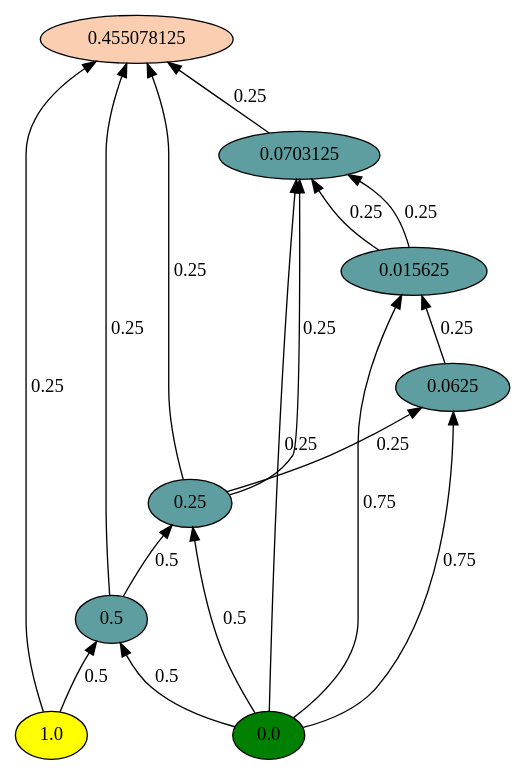
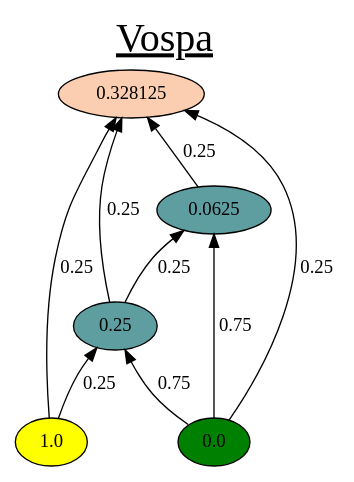
The diagram in GuiTool/image/Vospa/VospaDot.dot (iitramar/guiTool), drawn with Graphviz before and after one commit. The commit also changed 26 other files, not shown here.

```diff
--- a/GuiTool/image/Vospa/VospaDot.dot
+++ b/GuiTool/image/Vospa/VospaDot.dot
@@ -1,39 +1,23 @@
 digraph G {
 rankdir = BT;
+graph [label= <<u>Vospa</u>> , labelloc=t, fontsize=30];
 compound=true;
 1.0[style=filled, fillcolor=yellow];
-1.0->0.5[label=0.5];
+1.0->0.25[label=0.25];
 0.0[style=filled, fillcolor=green];
-0.0->0.5[label=0.5];
-0.5->0.25[label=0.5];
-0.0[style=filled, fillcolor=green];
-0.0->0.25[label=0.5];
+0.0->0.25[label=0.75];
 0.25->0.0625[label=0.25];
 0.0[style=filled, fillcolor=green];
 0.0->0.0625[label=0.75];
-0.0625->0.015625[label=0.25];
-0.0[style=filled, fillcolor=green];
-0.0->0.015625[label=0.75];
-0.0703125 [style=filled, fillcolor=white];
-0.25->0.0703125[label=0.25];
-0.0703125 [style=filled, fillcolor=white];
-0.015625->0.0703125[label=0.25];
-0.0703125 [style=filled, fillcolor=white];
-0.015625->0.0703125[label=0.25];
-0.0703125 [style=filled, fillcolor=white];
-0.0->0.0703125[label=0.25];
-0.0703125[style=filled, fillcolor="#5F9EA0"];
-0.455078125 [style=filled, fillcolor=white];
-1.0->0.455078125[label=0.25];
-0.455078125 [style=filled, fillcolor=white];
-0.5->0.455078125[label=0.25];
-0.455078125 [style=filled, fillcolor=white];
-0.25->0.455078125[label=0.25];
-0.455078125 [style=filled, fillcolor=white];
-0.0703125->0.455078125[label=0.25];
-0.455078125 [style=filled, fillcolor="#FBCEB1"];
-0.015625[style=filled, fillcolor="#5F9EA0"];
+0.328125 [style=filled, fillcolor=white];
+1.0->0.328125[label=0.25];
+0.328125 [style=filled, fillcolor=white];
+0.25->0.328125[label=0.25];
+0.328125 [style=filled, fillcolor=white];
+0.0625->0.328125[label=0.25];
+0.328125 [style=filled, fillcolor=white];
+0.0->0.328125[label=0.25];
+0.328125 [style=filled, fillcolor="#FBCEB1"];
 0.0625[style=filled, fillcolor="#5F9EA0"];
 0.25[style=filled, fillcolor="#5F9EA0"];
-0.5[style=filled, fillcolor="#5F9EA0"];
 }
```
